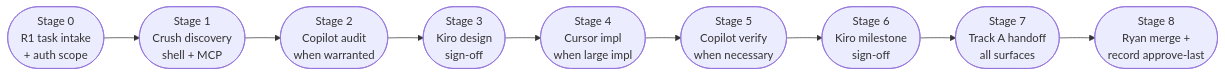
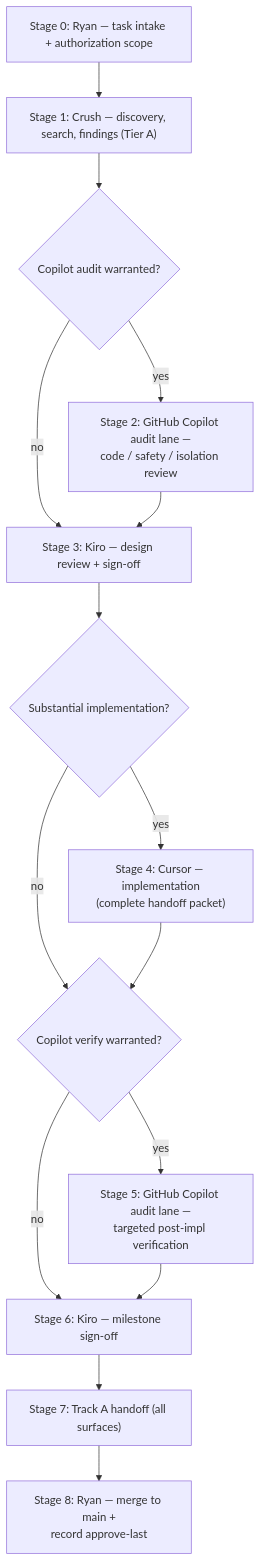
The diagram in docs/inter-model/TEAM-CHARTER-2026-07-06.md (alanmz-crypto/convmem), drawn with Mermaid before and after one commit. The commit also changed other lines of this file and 11 other files, not shown here.

First line of the commit message:
fix: corrective repairs for PR #54 Copilot lifecycle charter

````diff
--- a/docs/inter-model/TEAM-CHARTER-2026-07-06.md
+++ b/docs/inter-model/TEAM-CHARTER-2026-07-06.md
@@ -63,11 +63,18 @@
 ```mermaid
-flowchart LR
-  A([Stage 0\nR1 task intake\n+ auth scope]) --> B([Stage 1\nCrush discovery\nshell + MCP])
-  B --> C([Stage 2\nCopilot audit\nwhen warranted])
-  C --> D([Stage 3\nKiro design\nsign-off])
-  D --> E([Stage 4\nCursor impl\nwhen large impl])
-  E --> F([Stage 5\nCopilot verify\nwhen necessary])
-  F --> G([Stage 6\nKiro milestone\nsign-off])
-  G --> H([Stage 7\nTrack A handoff\nall surfaces])
-  H --> I([Stage 8\nRyan merge +\nrecord approve-last])
+flowchart TD
+  A["Stage 0: Ryan — task intake + authorization scope"] --> B
+  B["Stage 1: Crush — discovery, search, findings (Tier A)"] --> C
+  C{"Copilot audit warranted?"}
+  C -- "yes" --> D["Stage 2: GitHub Copilot audit lane —<br/>code / safety / isolation review"]
+  C -- "no" --> E
+  D --> E["Stage 3: Kiro — design review + sign-off"]
+  E --> F{"Substantial implementation?"}
+  F -- "yes" --> G["Stage 4: Cursor — implementation<br/>(complete handoff packet)"]
+  F -- "no" --> H
+  G --> H{"Copilot verify warranted?"}
+  H -- "yes" --> I["Stage 5: GitHub Copilot audit lane —<br/>targeted post-impl verification"]
+  H -- "no" --> J
+  I --> J["Stage 6: Kiro — milestone sign-off"]
+  J --> K["Stage 7: Track A handoff (all surfaces)"]
+  K --> L["Stage 8: Ryan — merge to main +<br/>record approve-last"]
 ```
````
